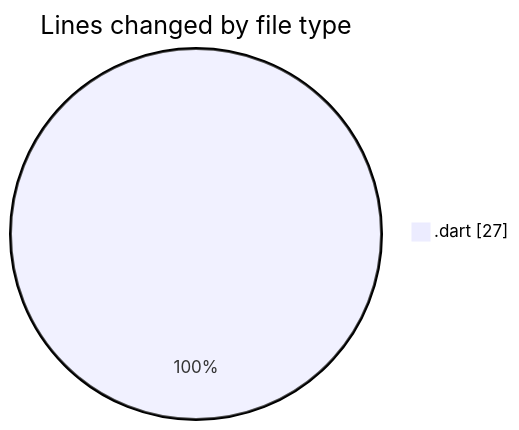
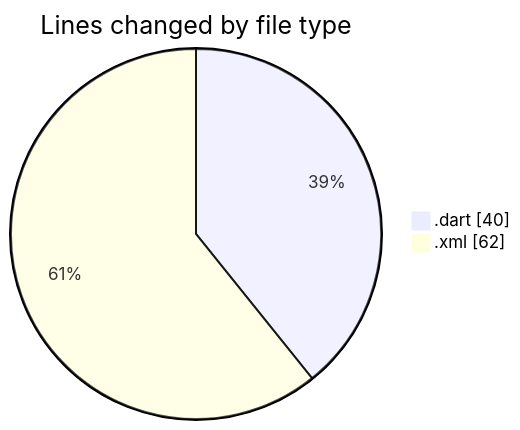
The first of 2 diagrams in 2025-02-20/uber_clone/README.md (donsfak/code-tracking), drawn with Mermaid before and after one commit. The commit also changed other lines of this file and 1 other file, not shown here.

````diff
--- a/2025-02-20/uber_clone/README.md
+++ b/2025-02-20/uber_clone/README.md
@@ -20,5 +22,6 @@
 ```mermaid
 pie showData
 title Lines changed by file type
-".dart" : 27
+".dart" : 40
+".xml" : 62
 ```
````
